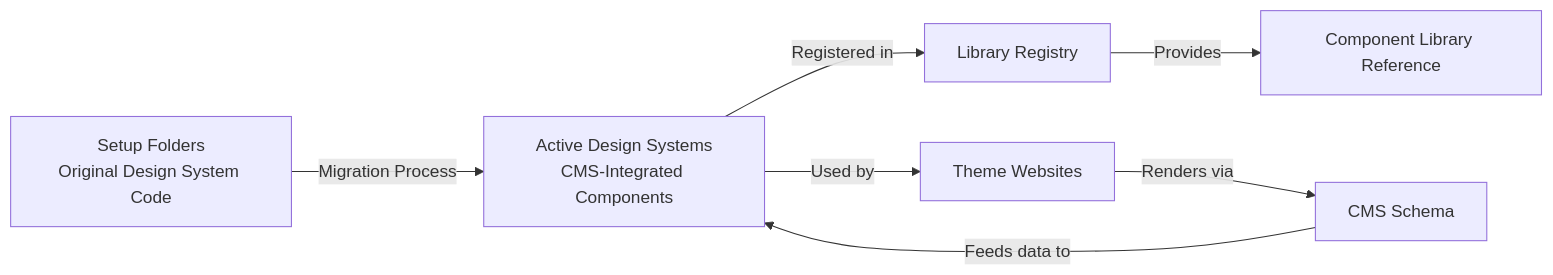
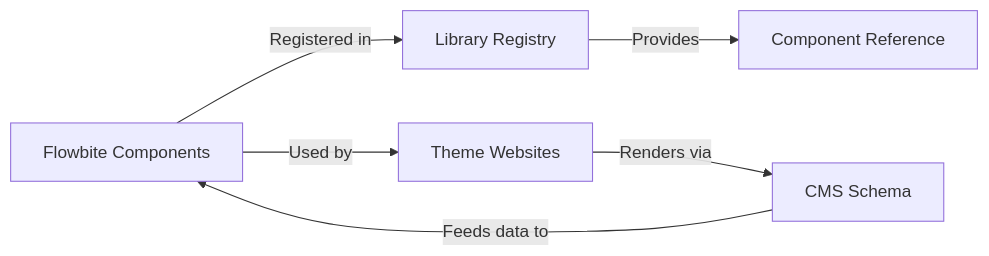
The diagram in src/libraries/README.md (gosgconsulting/new-cms), drawn with Mermaid before and after one commit. The commit also changed other lines of this file and 102 other files, not shown here.

Commit message:
[dyad] Refactor theme components: removed DaisyUI dependency, updated Tailwind CSS classes for consistency, and streamlined layout properties across multiple files - wrote 45 file(s)

````diff
--- a/src/libraries/README.md
+++ b/src/libraries/README.md
@@ -40,9 +31,8 @@
 ```mermaid
 graph LR
-    A[Setup Folders<br/>Original Design System Code] -->|Migration Process| B[Active Design Systems<br/>CMS-Integrated Components]
-    B -->|Registered in| C[Library Registry]
-    B -->|Used by| D[Theme Websites]
-    C -->|Provides| E[Component Library Reference]
-    D -->|Renders via| F[CMS Schema]
-    F -->|Feeds data to| B
+    A[Flowbite Components] -->|Registered in| B[Library Registry]
+    A -->|Used by| C[Theme Websites]
+    B -->|Provides| D[Component Reference]
+    C -->|Renders via| E[CMS Schema]
+    E -->|Feeds data to| A
 ```
````
